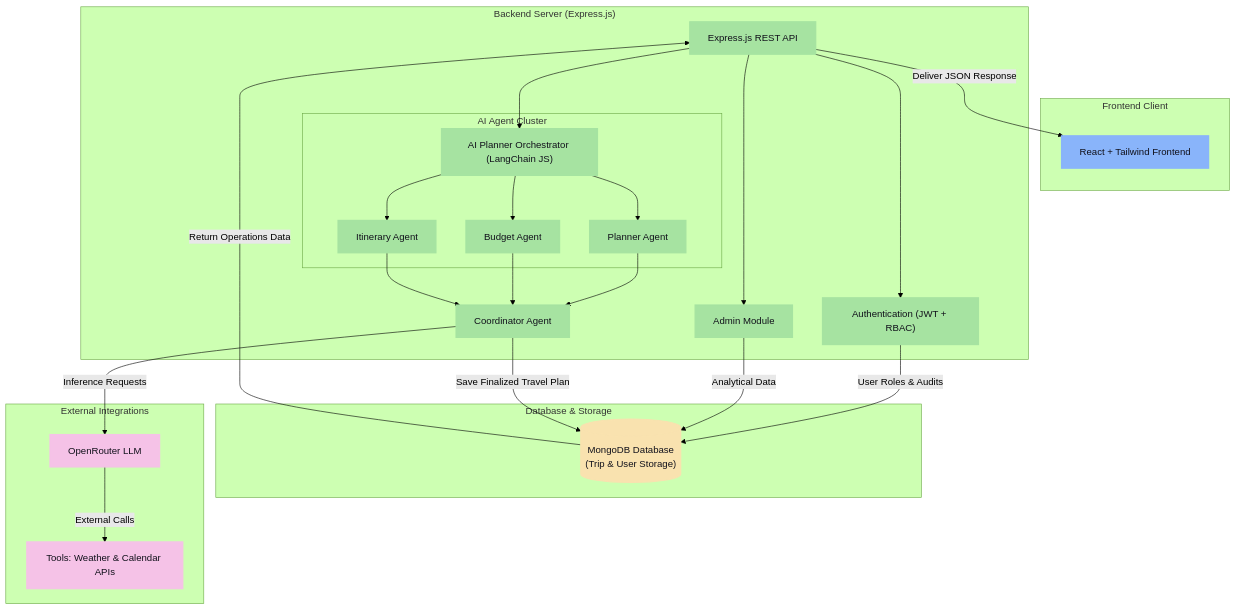
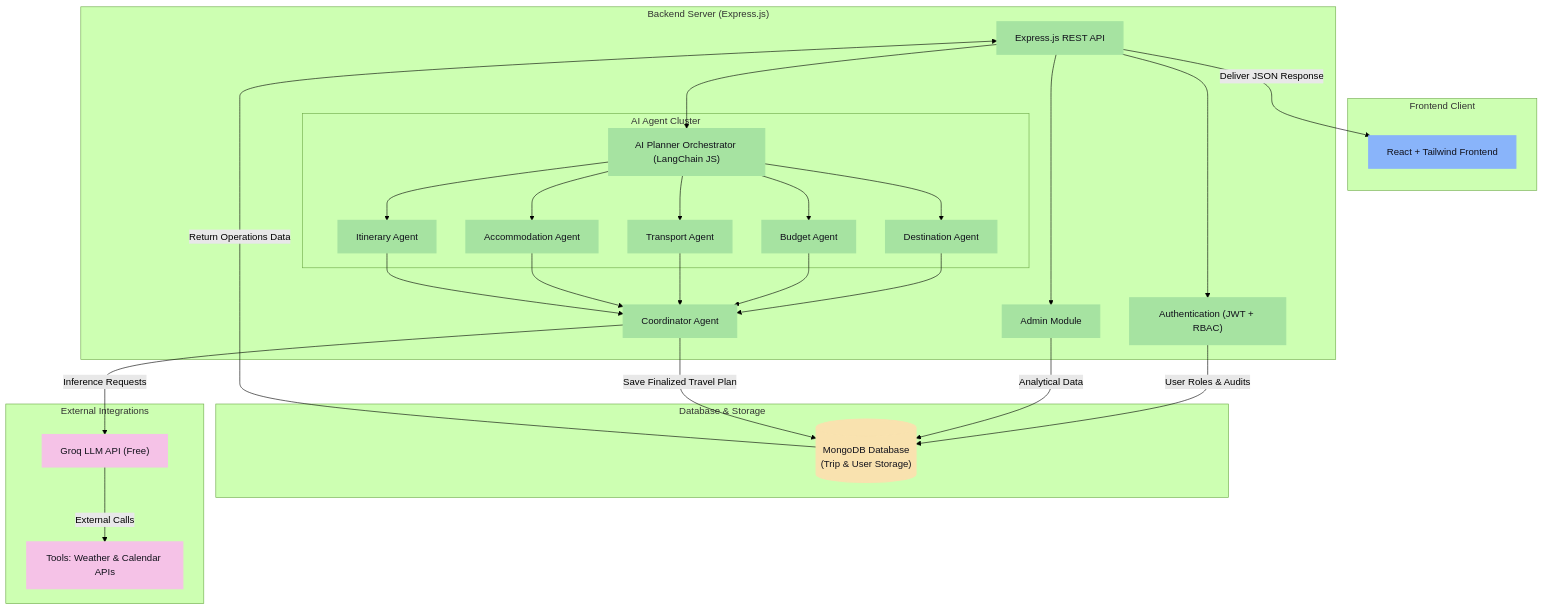
One commit to Dhayananth1511/AI-Travel-Planner_CapStoneProject_Presidio_InternShip changed the fifth of 5 diagrams in README.md. Above: the diagram before and after it, drawn with Mermaid (forest theme). The commit also changed other lines of this file, not shown here.

Commit message:
Flow chart

````diff
--- a/README.md
+++ b/README.md
@@ -530,61 +574,67 @@
 ```mermaid
 graph TD
     %% Styling
     classDef default fill:#1e1e2e,stroke:#cdd6f4,stroke-width:2px,color:#cdd6f4;
     classDef frontend fill:#89b4fa,stroke:#89b4fa,stroke-width:2px,color:#11111b;
     classDef backend fill:#a6e3a1,stroke:#a6e3a1,stroke-width:2px,color:#11111b;
     classDef db fill:#f9e2af,stroke:#f9e2af,stroke-width:2px,color:#11111b;
     classDef ext fill:#f5c2e7,stroke:#f5c2e7,stroke-width:2px,color:#11111b;
 
     %% Frontend Tier
     subgraph ClientTier ["Frontend Client"]
         FE["React + Tailwind Frontend"]:::frontend
     end
 
     %% Backend Express.js Server
     subgraph ServerTier ["Backend Server (Express.js)"]
         API["Express.js REST API"]:::backend
         Auth["Authentication (JWT + RBAC)"]:::backend
         Admin["Admin Module"]:::backend
         AIPlanner["AI Planner Orchestrator (LangChain JS)"]:::backend
         
         API --> Auth
         API --> Admin
         API --> AIPlanner
         
         %% Sub-agents cluster
         subgraph agents ["AI Agent Cluster"]
-            PlanAgent["Planner Agent"]:::backend
+            DestAgent["Destination Agent"]:::backend
             BudAgent["Budget Agent"]:::backend
+            TransAgent["Transport Agent"]:::backend
+            AccomAgent["Accommodation Agent"]:::backend
             ItinAgent["Itinerary Agent"]:::backend
             
-            AIPlanner --> PlanAgent
+            AIPlanner --> DestAgent
             AIPlanner --> BudAgent
+            AIPlanner --> TransAgent
+            AIPlanner --> AccomAgent
             AIPlanner --> ItinAgent
         end
         
-        PlanAgent --> Coord["Coordinator Agent"]:::backend
+        DestAgent --> Coord["Coordinator Agent"]:::backend
         BudAgent --> Coord
+        TransAgent --> Coord
+        AccomAgent --> Coord
         ItinAgent --> Coord
     end
 
     %% Storage Tier
     subgraph DBTier ["Database & Storage"]
         DB[("MongoDB Database<br/>(Trip & User Storage)")]:::db
     end
 
     %% External Tier
     subgraph ExtTier ["External Integrations"]
-        LLM["OpenRouter LLM"]:::ext
+        LLM["Groq LLM API (Free)"]:::ext
         Tools["Tools: Weather & Calendar APIs"]:::ext
     end
 
     %% System Flows
     Auth -->|User Roles & Audits| DB
     Admin -->|Analytical Data| DB
     Coord -->|Inference Requests| LLM
     LLM -->|External Calls| Tools
     Coord -->|Save Finalized Travel Plan| DB
     DB -->|Return Operations Data| API
     API -->|Deliver JSON Response| FE
 ```
````
